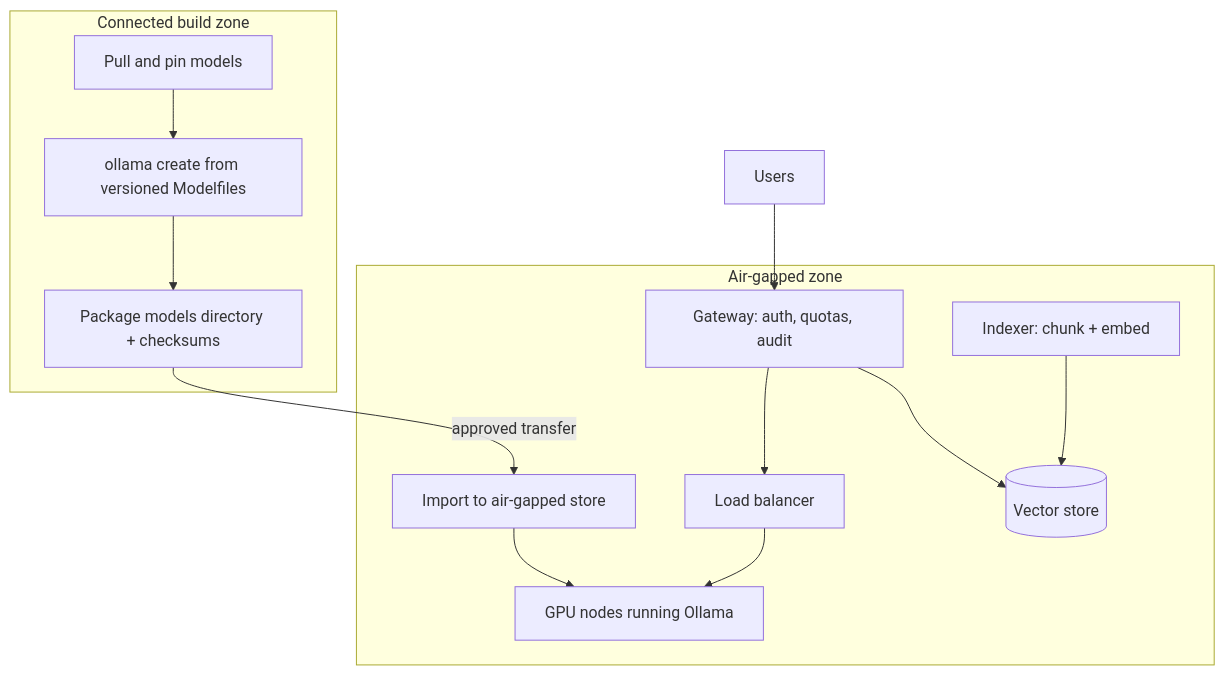
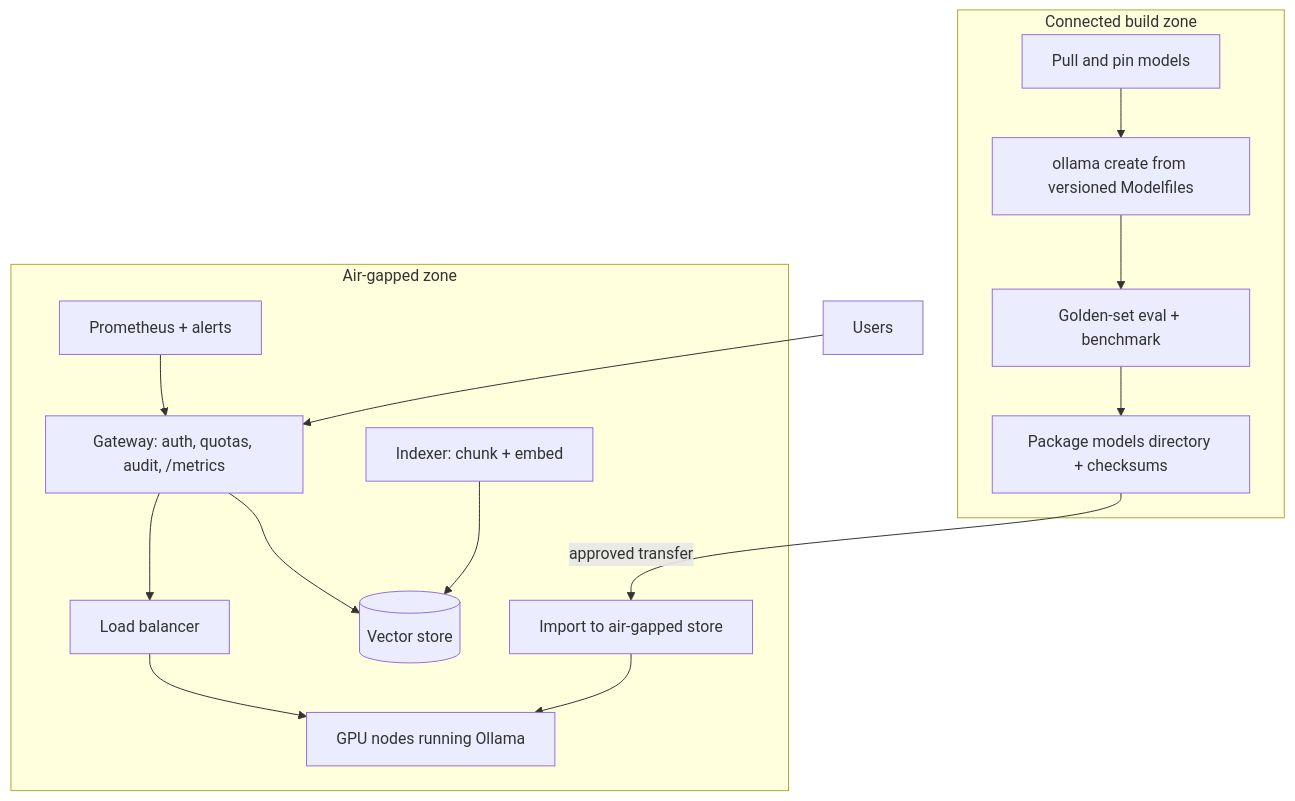
Diagram 51 of 51 in README.md (TheLearningHubOrg/learn-ollama), drawn with Mermaid before and after one commit. The commit also changed other lines of this file and 18 other files, not shown here.

````diff
--- a/README.md
+++ b/README.md
@@ -2725,16 +4325,18 @@
 ```mermaid
 flowchart TD
     subgraph Build["Connected build zone"]
         P["Pull and pin models"] --> MF["ollama create from versioned Modelfiles"]
-        MF --> PK["Package models directory + checksums"]
+        MF --> EV["Golden-set eval + benchmark"]
+        EV --> PK["Package models directory + checksums"]
     end
     PK -->|"approved transfer"| IMP["Import to air-gapped store"]
     subgraph Prod["Air-gapped zone"]
         IMP --> N["GPU nodes running Ollama"]
-        GW["Gateway: auth, quotas, audit"] --> LB["Load balancer"]
+        GW["Gateway: auth, quotas, audit, /metrics"] --> LB["Load balancer"]
         LB --> N
         IDX["Indexer: chunk + embed"] --> VDB[("Vector store")]
         GW --> VDB
+        PR["Prometheus + alerts"] --> GW
     end
     Users["Users"] --> GW
 ```
````
